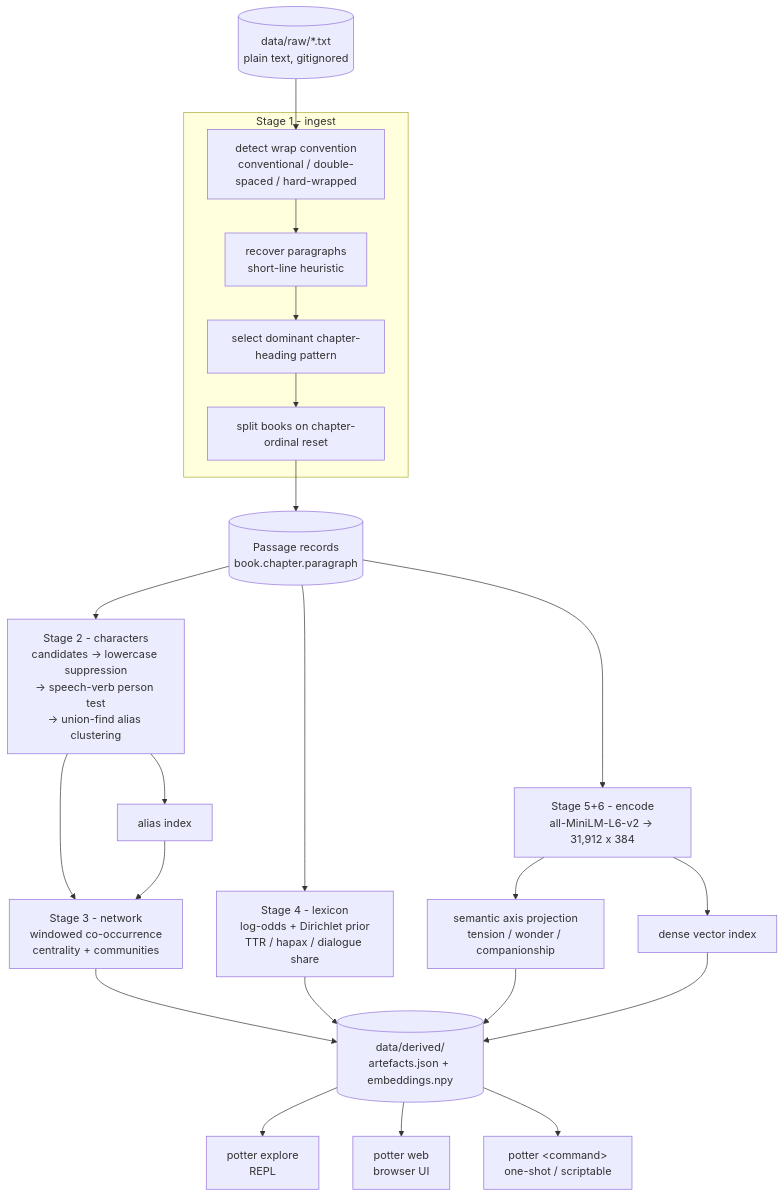
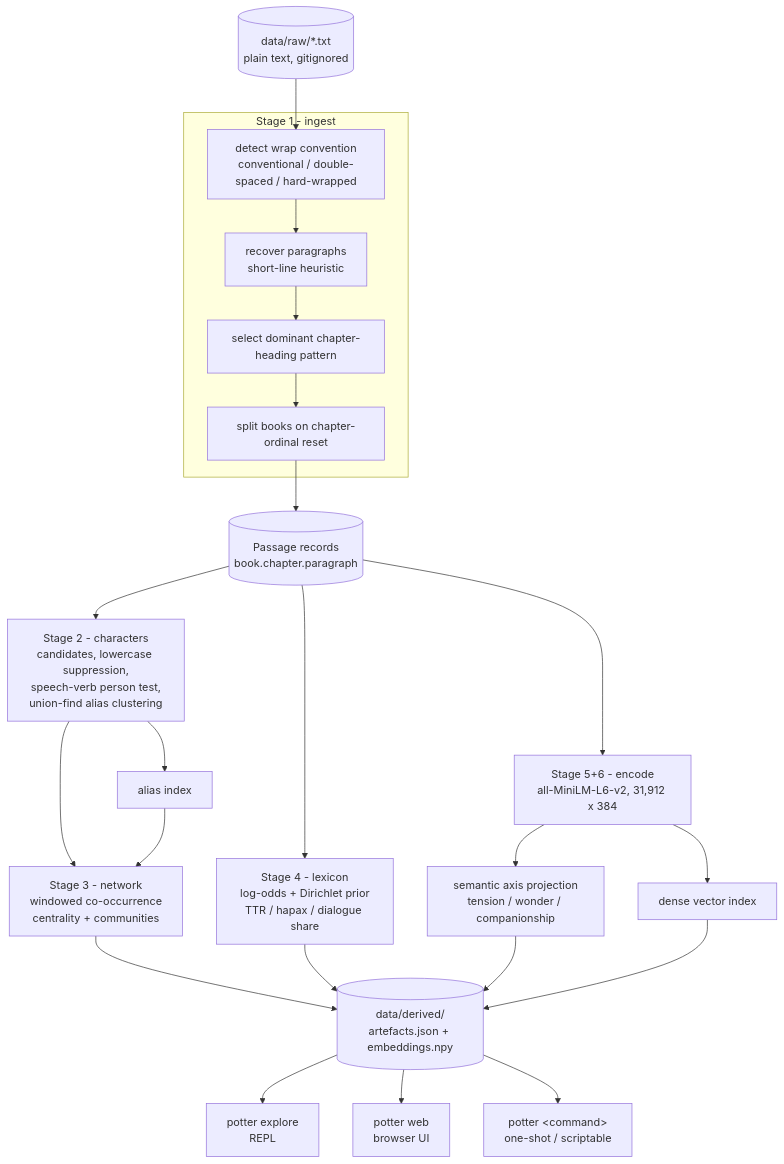
One commit to Broonzie/take-home-challenge-jul2026 changed the diagram in README.md. Above: the diagram before and after it, drawn with Mermaid. The commit also changed other lines of this file and 4 other files, not shown here.

````diff
--- a/README.md
+++ b/README.md
@@ -32,33 +32,33 @@
 ```mermaid
 flowchart TD
     A[("data/raw/*.txt<br/>plain text, gitignored")] --> B
 
     subgraph INGEST["Stage 1 - ingest"]
         B["detect wrap convention<br/>conventional / double-spaced / hard-wrapped"]
         B --> C["recover paragraphs<br/>short-line heuristic"]
         C --> D["select dominant chapter-heading pattern"]
         D --> E["split books on chapter-ordinal reset"]
     end
 
     E --> P[("Passage records<br/>book.chapter.paragraph")]
 
-    P --> F["Stage 2 - characters<br/>candidates → lowercase suppression<br/>→ speech-verb person test<br/>→ union-find alias clustering"]
+    P --> F["Stage 2 - characters<br/>candidates, lowercase suppression,<br/>speech-verb person test,<br/>union-find alias clustering"]
     P --> H["Stage 4 - lexicon<br/>log-odds + Dirichlet prior<br/>TTR / hapax / dialogue share"]
-    P --> I["Stage 5+6 - encode<br/>all-MiniLM-L6-v2 → 31,912 x 384"]
+    P --> I["Stage 5+6 - encode<br/>all-MiniLM-L6-v2, 31,912 x 384"]
 
     F --> G["Stage 3 - network<br/>windowed co-occurrence<br/>centrality + communities"]
     F --> G2["alias index"]
     G2 --> G
 
     I --> J["semantic axis projection<br/>tension / wonder / companionship"]
     I --> K["dense vector index"]
 
     G --> CACHE[("data/derived/<br/>artefacts.json + embeddings.npy")]
     H --> CACHE
     J --> CACHE
     K --> CACHE
 
     CACHE --> CLI["potter explore<br/>REPL"]
     CACHE --> WEB["potter web<br/>browser UI"]
     CACHE --> ONE["potter &lt;command&gt;<br/>one-shot / scriptable"]
 ```
````
